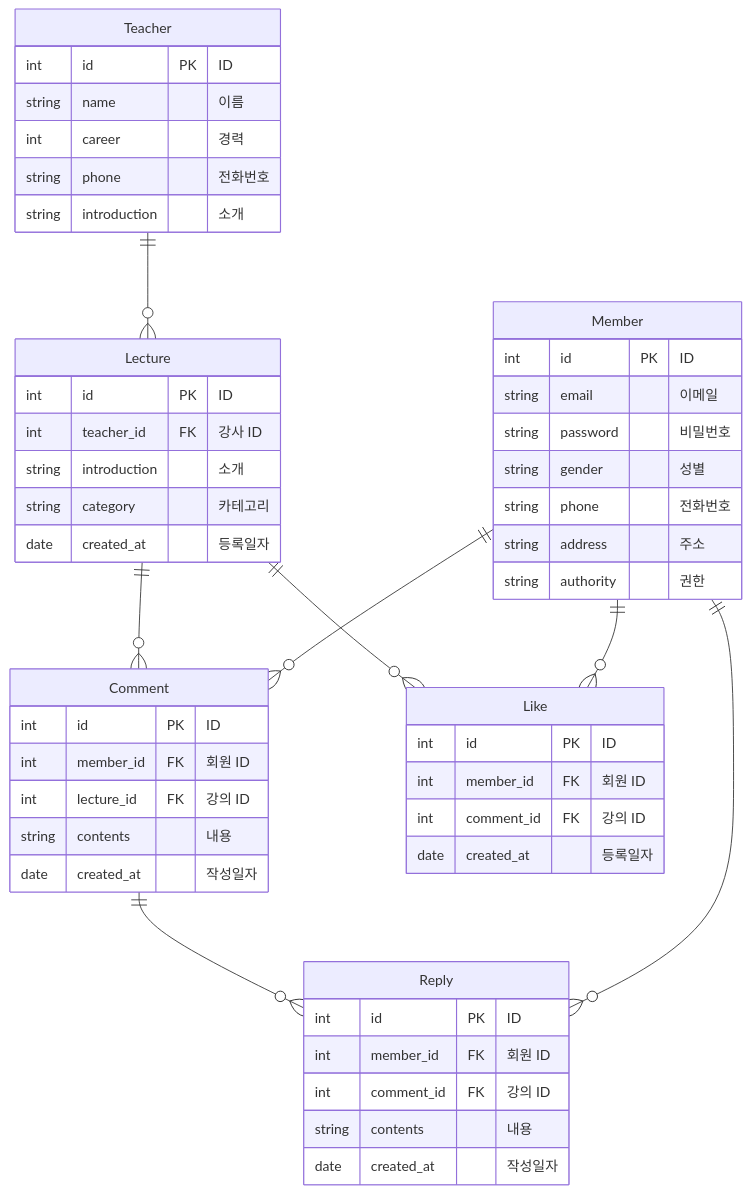
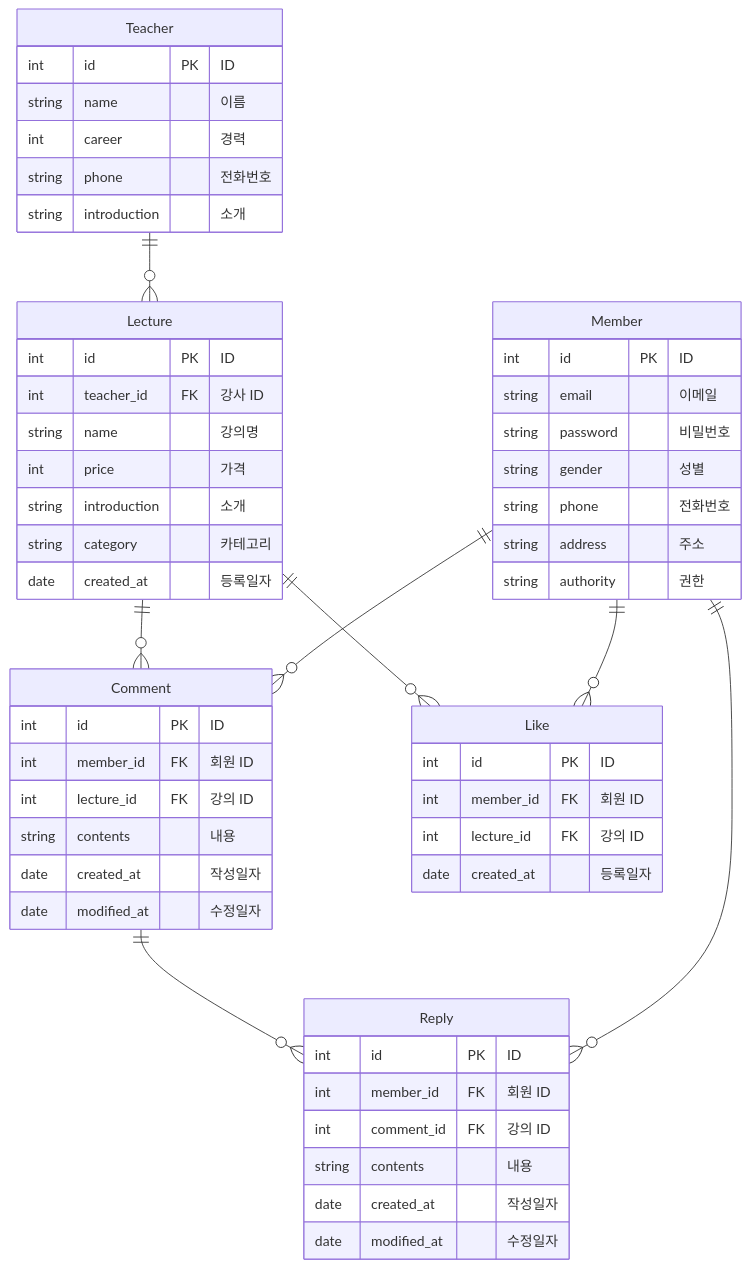
Before and after one commit to lsc713/HH99LV4: the diagram in README.md, drawn with Mermaid. The commit also changed other lines of this file, not shown here.

````diff
--- a/README.md
+++ b/README.md
@@ -97,59 +97,63 @@
 ```mermaid
 erDiagram
     Member {
         int id PK "ID"
         string email "이메일"
         string password "비밀번호"
         string gender "성별"
         string phone "전화번호"
         string address "주소"
         string authority "권한"
     }
 
     Teacher {
         int id PK "ID"
         string name "이름"
         int career "경력"
         string phone "전화번호"
         string introduction "소개"
     }
 
     Lecture {
         int id PK "ID"
         int teacher_id FK "강사 ID"
+        string name "강의명"
+        int price "가격"
         string introduction "소개"
         string category "카테고리"
         date created_at "등록일자"
     }
 
     Comment {
         int id PK "ID"
         int member_id FK "회원 ID"
         int lecture_id FK "강의 ID"
         string contents "내용"
         date created_at "작성일자"
+        date modified_at "수정일자"
     }
 
     Reply {
         int id PK "ID"
         int member_id FK "회원 ID"
         int comment_id FK "강의 ID"
         string contents "내용"
         date created_at "작성일자"
+        date modified_at "수정일자"
     }
 
     Like {
         int id PK "ID"
         int member_id FK "회원 ID"
-        int comment_id FK "강의 ID"
+        int lecture_id FK "강의 ID"
         date created_at "등록일자"
     }
 
     Teacher ||--o{ Lecture: ""
     Lecture ||--o{ Comment: ""
     Lecture ||--o{ Like: ""
     Comment ||--o{ Reply: ""
     Member ||--o{ Comment: ""
     Member ||--o{ Reply: ""
     Member ||--o{ Like: ""
 ```
````
